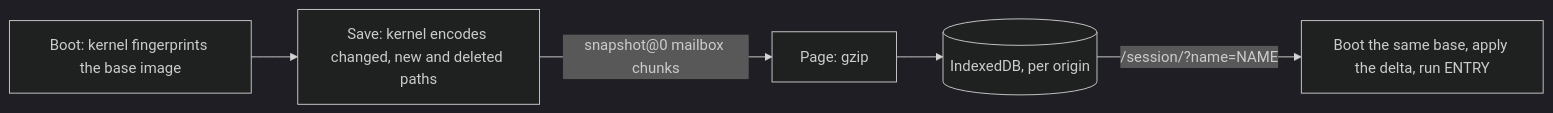
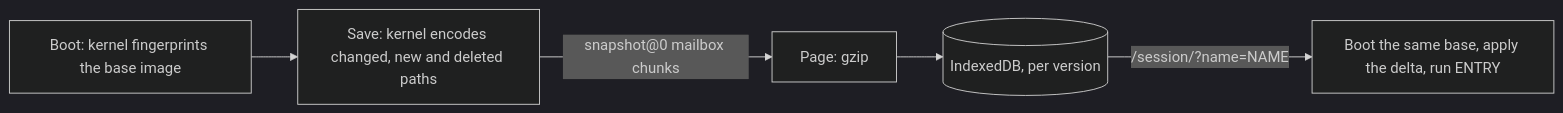
Before and after one commit to daugasauron/dolly: the diagram in docs/sessions.md, drawn with Mermaid (dark theme). The commit also changed other lines of this file and 6 other files, not shown here.

````diff
--- a/docs/sessions.md
+++ b/docs/sessions.md
@@ -7,6 +7,6 @@
 ```mermaid
 flowchart LR
   boot["Boot: kernel fingerprints the base image"] --> save["Save: kernel encodes changed, new and deleted paths"]
-  save -- "snapshot@0 mailbox chunks" --> gzip["Page: gzip"] --> idb[("IndexedDB, per origin")]
+  save -- "snapshot@0 mailbox chunks" --> gzip["Page: gzip"] --> idb[("IndexedDB, per version")]
   idb -- "/session/?name=NAME" --> restore["Boot the same base, apply the delta, run ENTRY"]
 ```
````
